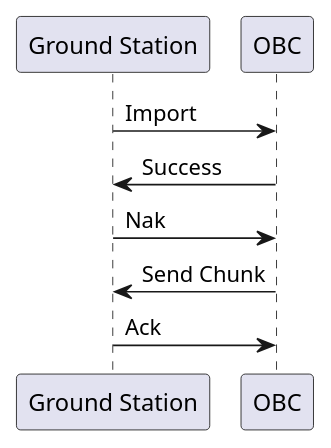
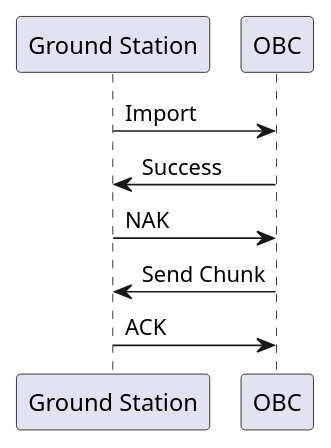
The second of 3 diagrams in docs/services/file-protocol.rst (kubos/kubos), drawn with PlantUML before and after one commit. The commit also changed other lines of this file and 1 other file, not shown here.

```diff
--- a/docs/services/file-protocol.rst
+++ b/docs/services/file-protocol.rst
@@ -228,14 +232,14 @@
 .. uml::
 
     @startuml
 
     participant "Ground Station" as ground
     participant "OBC" as obc
 
     ground -> obc : Import 
     obc -> ground : Success 
-    ground -> obc : Nak
+    ground -> obc : NAK
     obc -> ground : Send Chunk
-    ground -> obc : Ack
+    ground -> obc : ACK
 
     @enduml
```
